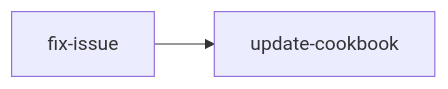
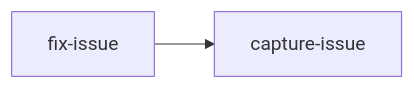
The fourth of 5 diagrams in .claude/commands/ops/README.adoc (flex-team/flex-oncall), drawn with Mermaid before and after one commit. The commit also changed other lines of this file, not shown here.

First line of the commit message:
📝 README 워크플로우에서 capture-issue 위치를 해결 후 단계로 이동

```diff
--- a/.claude/commands/ops/README.adoc
+++ b/.claude/commands/ops/README.adoc
@@ -308,5 +313,5 @@
 [mermaid]
 ....
 graph LR
-    A["fix-issue"] --> B["update-cookbook"]
+    A["fix-issue"] --> B["capture-issue"]
 ....
```
